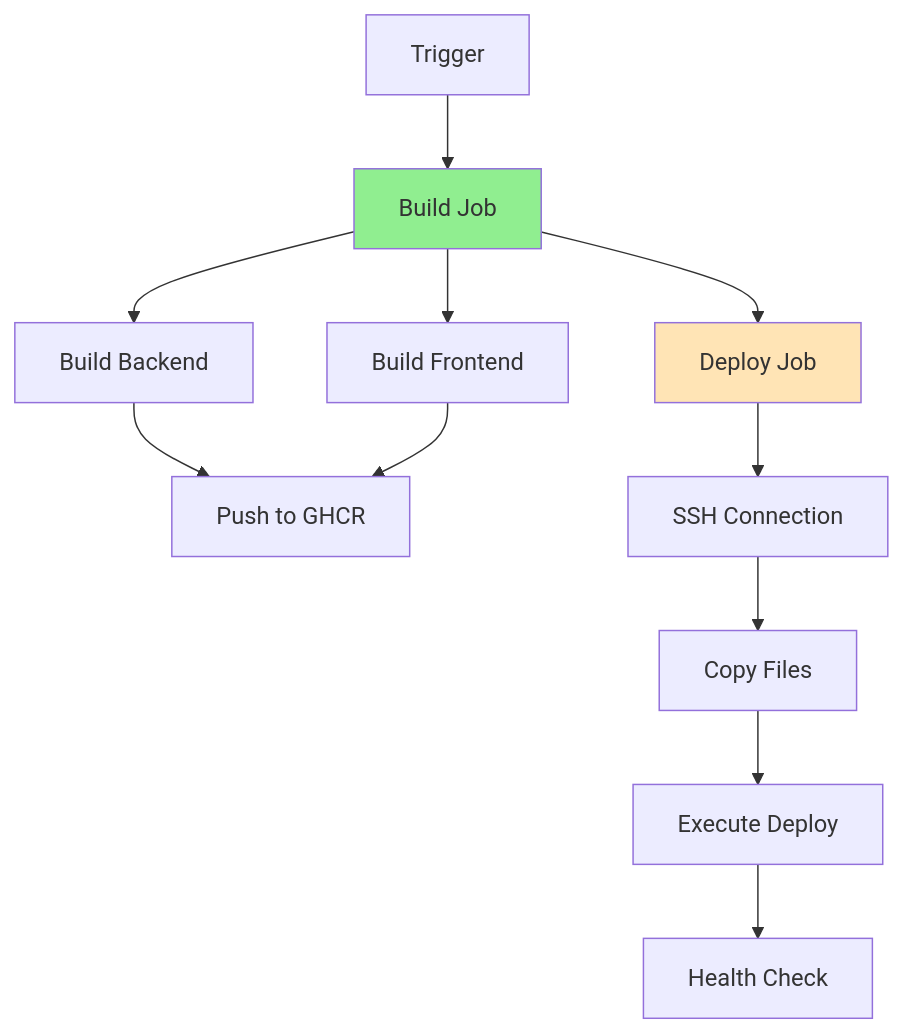
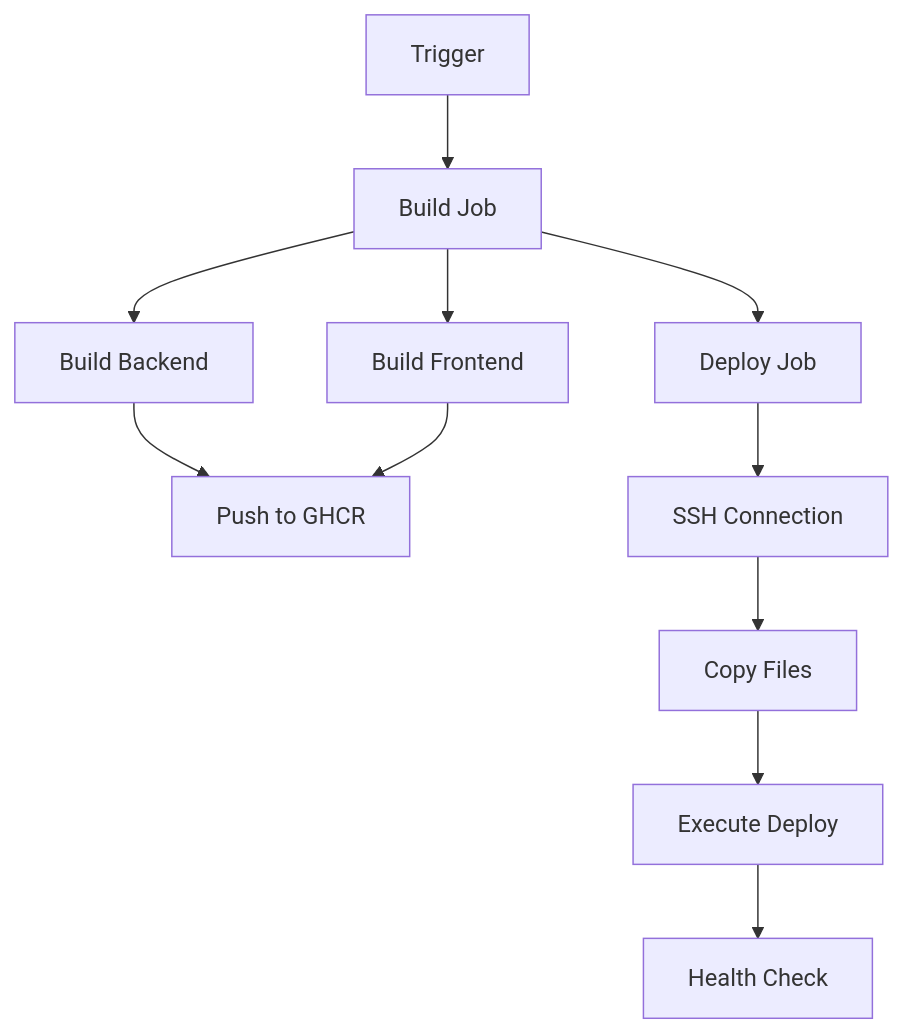
Before and after one commit to 4gh0rn/dev-blog: the eighth of 11 diagrams in docs/projects/conduit-deployment.md, drawn with Mermaid. The commit also changed other lines of this file and 17 other files, not shown here.

````diff
--- a/docs/projects/conduit-deployment.md
+++ b/docs/projects/conduit-deployment.md
@@ -268,18 +250,15 @@
 ```mermaid
 graph TB
     A[Trigger] --> B[Build Job]
     B --> C[Deploy Job]
     
     B --> B1[Build Backend]
     B --> B2[Build Frontend]
     B1 --> B3[Push to GHCR]
     B2 --> B3
     
     C --> C1[SSH Connection]
     C1 --> C2[Copy Files]
     C2 --> C3[Execute Deploy]
     C3 --> C4[Health Check]
-    
-    style B fill:#90EE90
-    style C fill:#FFE4B5
 ```
````
